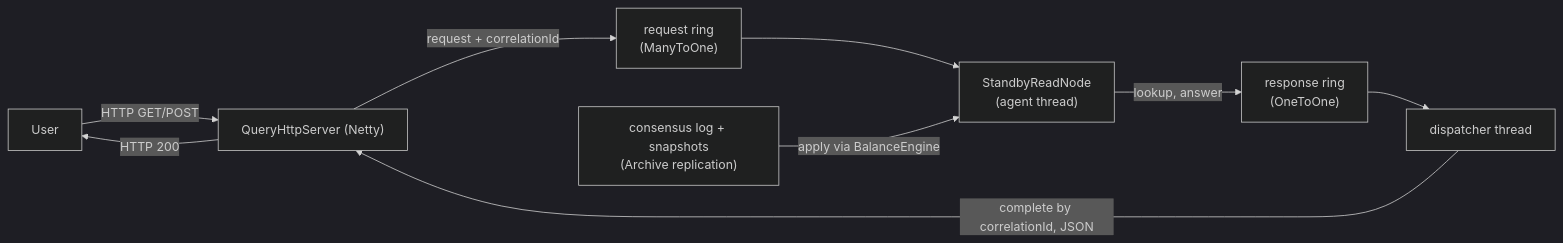
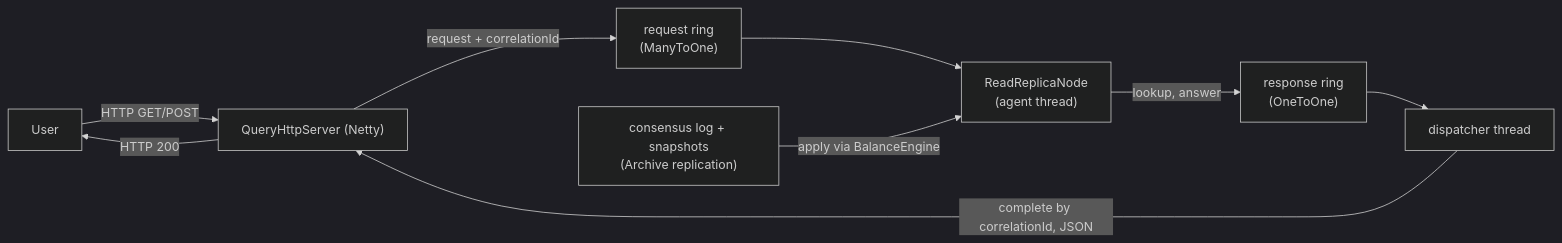
The second of 7 diagrams in docs/ARCHITECTURE.md (justrade-io/ledgerd), drawn with Mermaid (dark theme) before and after one commit. The commit also changed other lines of this file and 21 other files, not shown here.

First line of the commit message:
feat: Introduce Read Replica Nodes for external replication via Aeron Archive

````diff
--- a/docs/ARCHITECTURE.md
+++ b/docs/ARCHITECTURE.md
@@ -303,11 +303,11 @@
 ```mermaid
 flowchart LR
     USER["User"] -->|" HTTP GET/POST "| NETTY["QueryHttpServer (Netty)"]
     NETTY -->|" request + correlationId "| REQ["request ring\n(ManyToOne)"]
-    REQ --> SVC["StandbyReadNode\n(agent thread)"]
+    REQ --> SVC["ReadReplicaNode\n(agent thread)"]
     LOG["consensus log + snapshots\n(Archive replication)"] -->|" apply via BalanceEngine "| SVC
     SVC -->|" lookup, answer "| RESP["response ring\n(OneToOne)"]
     RESP --> DISP["dispatcher thread"]
     DISP -->|" complete by correlationId, JSON "| NETTY
     NETTY -->|" HTTP 200 "| USER
 ```
````
